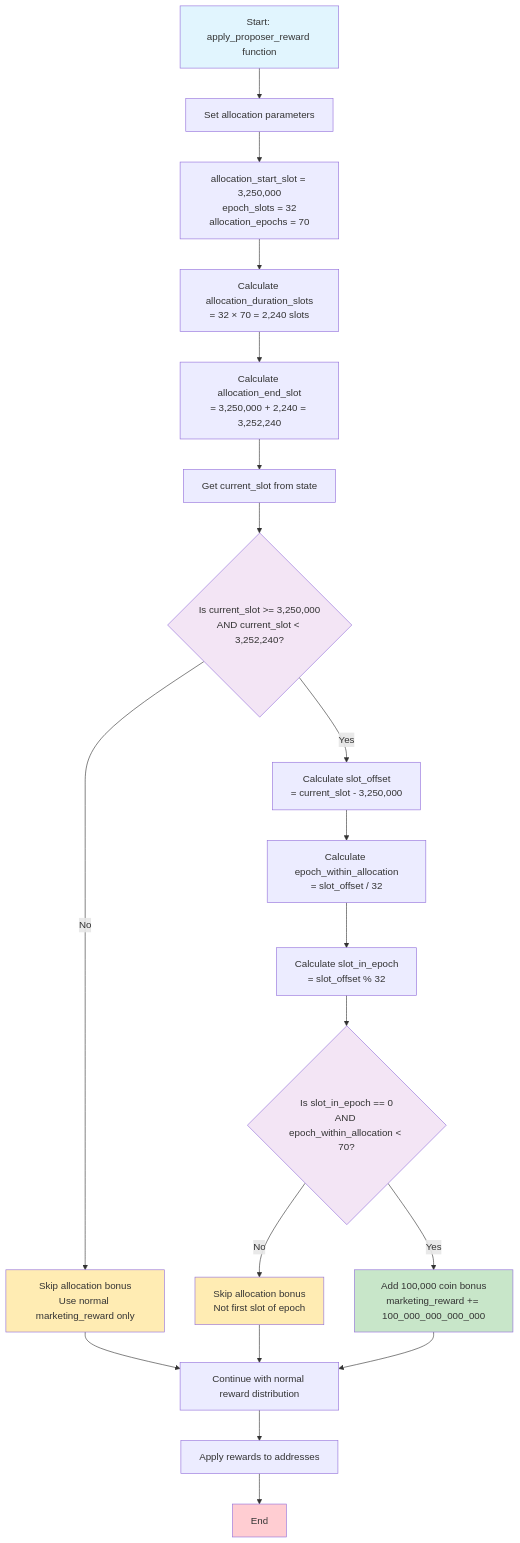
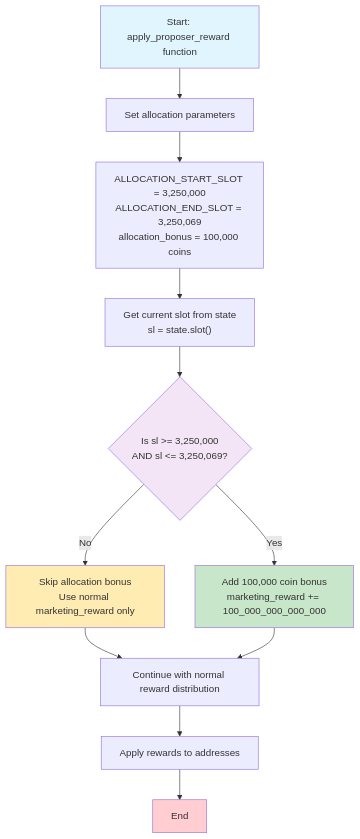
Before and after one commit to n4beel/BLOCX-7M-Coin-Allocation: the diagram in README.md, drawn with Mermaid. The commit also changed other lines of this file, not shown here.

````diff
--- a/README.md
+++ b/README.md
@@ -119,33 +105,21 @@
 ```mermaid
 flowchart TD
     A[Start: apply_proposer_reward function] --> B[Set allocation parameters]
-    B --> C[allocation_start_slot = 3,250,000<br/>epoch_slots = 32<br/>allocation_epochs = 70]
-    C --> D[Calculate allocation_duration_slots<br/>= 32 × 70 = 2,240 slots]
-    D --> E[Calculate allocation_end_slot<br/>= 3,250,000 + 2,240 = 3,252,240]
-    E --> F[Get current_slot from state]
-    F --> G{Is current_slot >= 3,250,000<br/>AND current_slot < 3,252,240?}
+    B --> C["ALLOCATION_START_SLOT = 3,250,000<br/>ALLOCATION_END_SLOT = 3,250,069<br/>allocation_bonus = 100,000 coins"]
+    C --> D["Get current slot from state<br/>sl = state.slot()"]
+    D --> E{"Is sl >= 3,250,000<br/>AND sl <= 3,250,069?"}
     
-    G -->|No| H[Skip allocation bonus<br/>Use normal marketing_reward only]
-    G -->|Yes| I[Calculate slot_offset<br/>= current_slot - 3,250,000]
+    E -->|No| F["Skip allocation bonus<br/>Use normal marketing_reward only"]
+    E -->|Yes| G["Add 100,000 coin bonus<br/>marketing_reward += 100_000_000_000_000"]
     
-    I --> J[Calculate epoch_within_allocation<br/>= slot_offset / 32]
-    J --> K[Calculate slot_in_epoch<br/>= slot_offset % 32]
-    K --> L{Is slot_in_epoch == 0<br/>AND epoch_within_allocation < 70?}
-    
-    L -->|No| M[Skip allocation bonus<br/>Not first slot of epoch]
-    L -->|Yes| N[Add 100,000 coin bonus<br/>marketing_reward += 100_000_000_000_000]
-    
-    H --> O[Continue with normal reward distribution]
-    M --> O
-    N --> O
-    O --> P[Apply rewards to addresses]
-    P --> Q[End]
+    F --> H[Continue with normal reward distribution]
+    G --> H
+    H --> I[Apply rewards to addresses]
+    I --> J[End]
 
     style A fill:#e1f5fe
-    style N fill:#c8e6c9
-    style H fill:#ffecb3
-    style M fill:#ffecb3
-    style G fill:#f3e5f5
-    style L fill:#f3e5f5
-    style Q fill:#ffcdd2
+    style G fill:#c8e6c9
+    style F fill:#ffecb3
+    style E fill:#f3e5f5
+    style J fill:#ffcdd2
 ```
````
